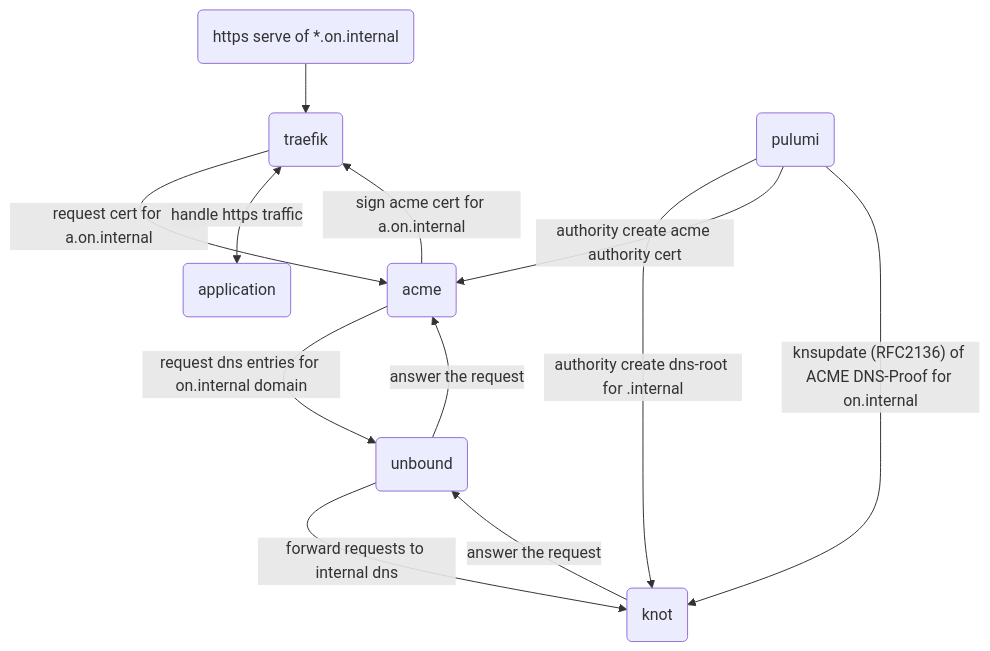
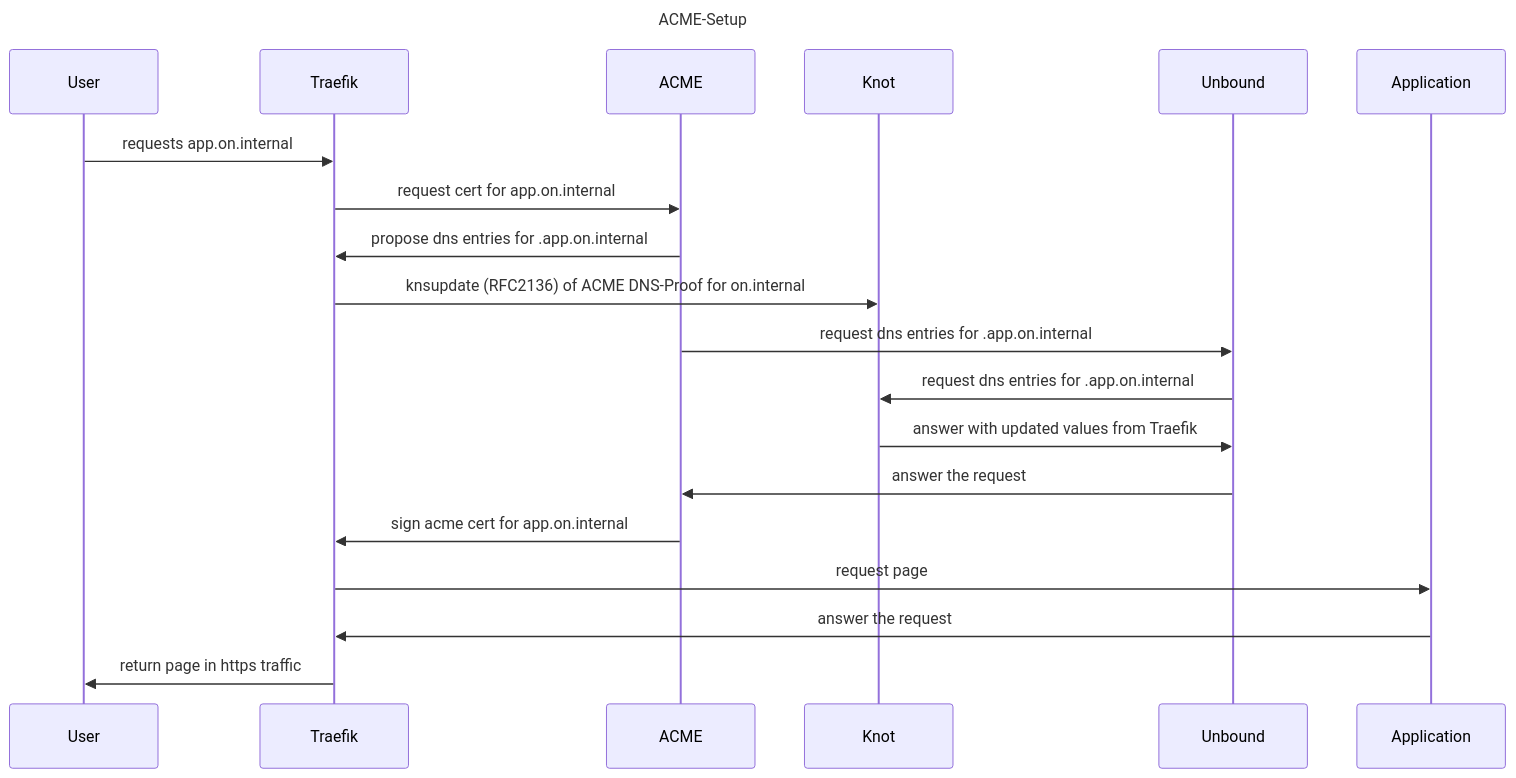
Before and after one commit to wuxxin/infra-shared: the diagram in docs/networking.md, drawn with Mermaid. The commit also changed other lines of this file and 3 other files, not shown here.

````diff
--- a/docs/networking.md
+++ b/docs/networking.md
@@ -115,23 +114,19 @@
 ```mermaid
-graph TB
+sequenceDiagram
+  title ACME-Setup
 
-f(traefik)
-c(acme)
-u(unbound)
-k(knot)
-a(application)
-p(pulumi)
+  User ->> Traefik: requests app.on.internal
+  Traefik ->> ACME: request cert for app.on.internal
+  ACME ->> Traefik: propose dns entries for .app.on.internal
+  Traefik ->> Knot: knsupdate (RFC2136) of ACME DNS-Proof for on.internal
+  ACME ->> Unbound: request dns entries for .app.on.internal
+  Unbound ->> Knot: request dns entries for .app.on.internal
+  Knot ->> Unbound: answer with updated values from Traefik
+  Unbound ->> ACME: answer the request
+  ACME ->> Traefik: sign acme cert for app.on.internal
+  Traefik ->> Application: request page
+  Application ->> Traefik: answer the request
+  Traefik ->> User: return page in https traffic
 
-r(https serve of *.on.internal) --> f
-f -- request cert for a.on.internal --> c
-c -- request dns entries for on.internal domain --> u
-u -- forward requests to internal dns --> k
-k -- answer the request --> u
-u -- answer the request --> c
-c -- sign acme cert for a.on.internal --> f
-f -- handle https traffic <--> a
-p -- authority create dns-root for .internal --> k
-p -- authority create acme authority cert --> c
-p -- knsupdate (RFC2136) of ACME DNS-Proof for on.internal --> k
 
 ```
````
